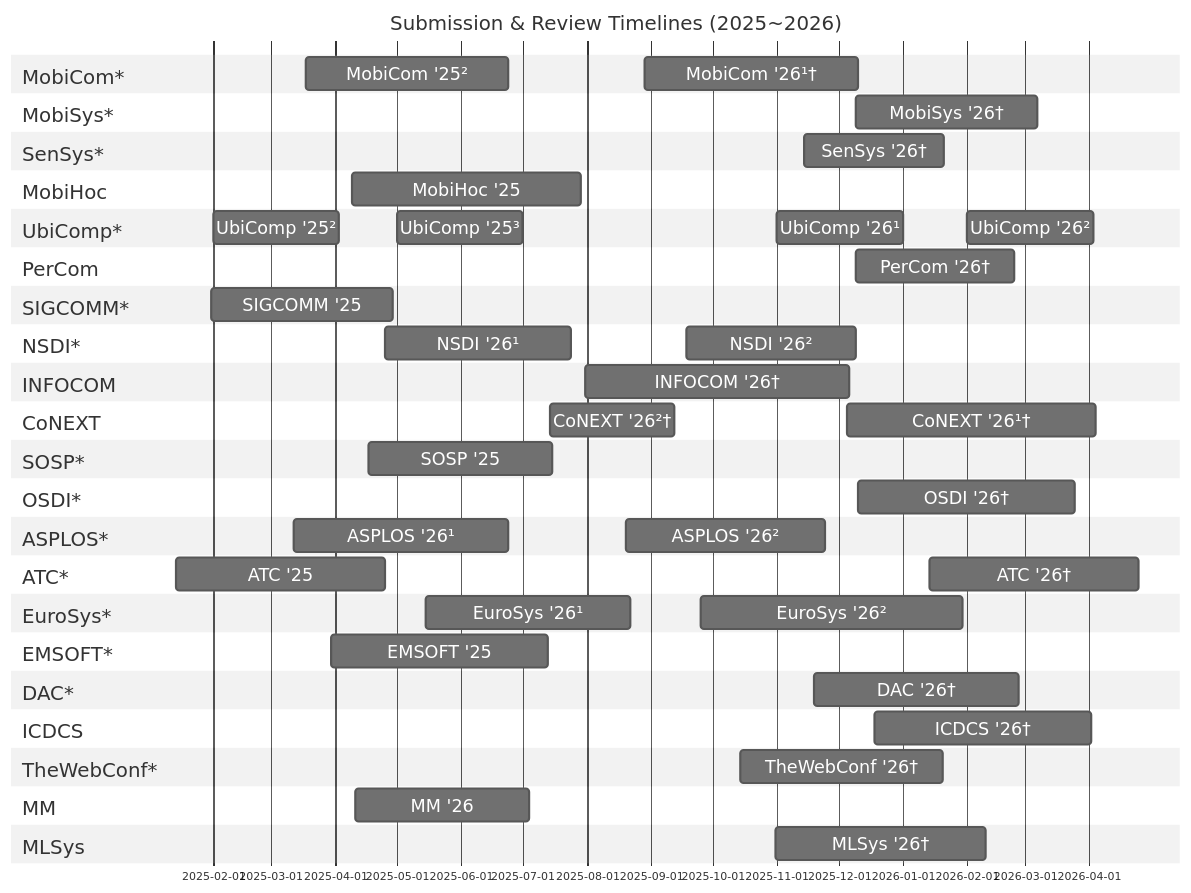
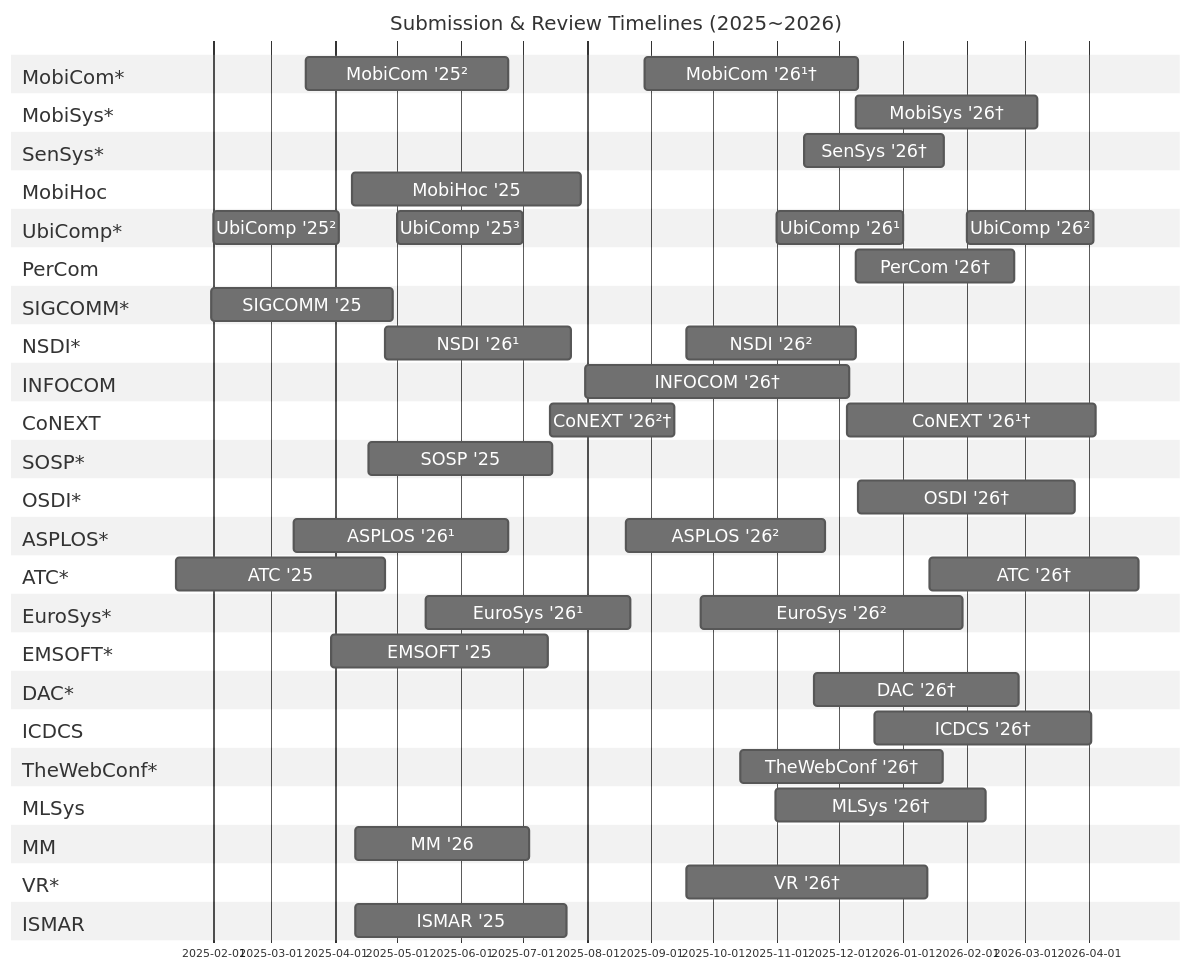
Before and after one commit to iamseonghoon/Mobile-Systems-Conference-Timelines: the diagram in README.md, drawn with Mermaid. The commit also changed other lines of this file, not shown here.

````diff
--- a/README.md
+++ b/README.md
@@ -104,14 +104,24 @@
     TheWebConf '26† :thewebconf26-review, 2025-10-14, 98d
 
     %% --------------------------
+    %% ML
+    %% --------------------------
+    section MLSys
+    MLSys '26† :mlsys26-review, 2025-10-31, 102d
+
+    %% --------------------------
     %% Multimedia
     %% --------------------------
     section MM
     MM '26 :mm26-review, 2025-04-11, 84d
 
     %% --------------------------
-    %% ML
+    %% AR/VR
     %% --------------------------
-    section MLSys
-    MLSys '26† :mlsys26-review, 2025-10-31, 102d
+    section VR*
+    VR '26† :vr26-review, 2025-09-18, 117d
+
+    section ISMAR
+    ISMAR '25 :ismar25-review, 2025-04-11, 102d
+
 ```
````
